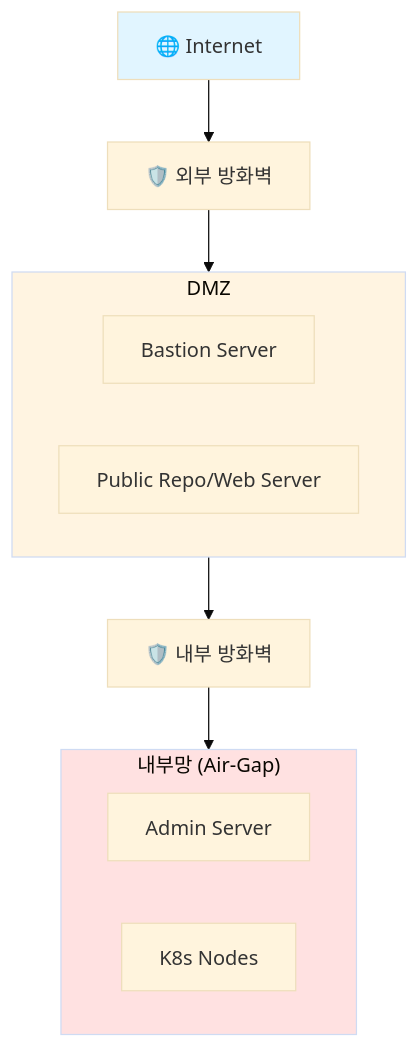
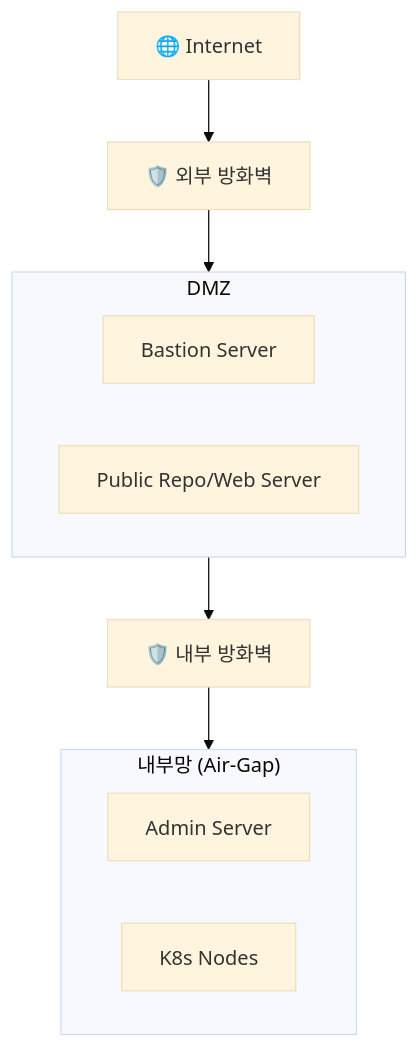
One commit to juwon8891/juwon8891.github.io changed the first of 8 diagrams in docs/k8s-deploy/week6-kubespray-offline.md. Above: the diagram before and after it, drawn with Mermaid (base theme). The commit also changed other lines of this file and 18 other files, not shown here.

Commit message:
Remove bright colors from Mermaid diagrams for dark mode compatibility

````diff
--- a/docs/k8s-deploy/week6-kubespray-offline.md
+++ b/docs/k8s-deploy/week6-kubespray-offline.md
@@ -18,24 +18,21 @@
 ```mermaid
 graph TB
     Internet["🌐 Internet"]
     Internet --> FW1["🛡️ 외부 방화벽"]
 
     subgraph DMZ
         Bastion["Bastion Server"]
         PublicRepo["Public Repo/Web Server"]
     end
 
     FW1 --> DMZ
     DMZ --> FW2["🛡️ 내부 방화벽"]
 
     subgraph Internal["내부망 (Air-Gap)"]
         Admin["Admin Server"]
         K8sNodes["K8s Nodes"]
     end
 
     FW2 --> Internal
 
-    style Internet fill:#e1f5ff
-    style DMZ fill:#fff4e1
-    style Internal fill:#ffe1e1
 ```
````
